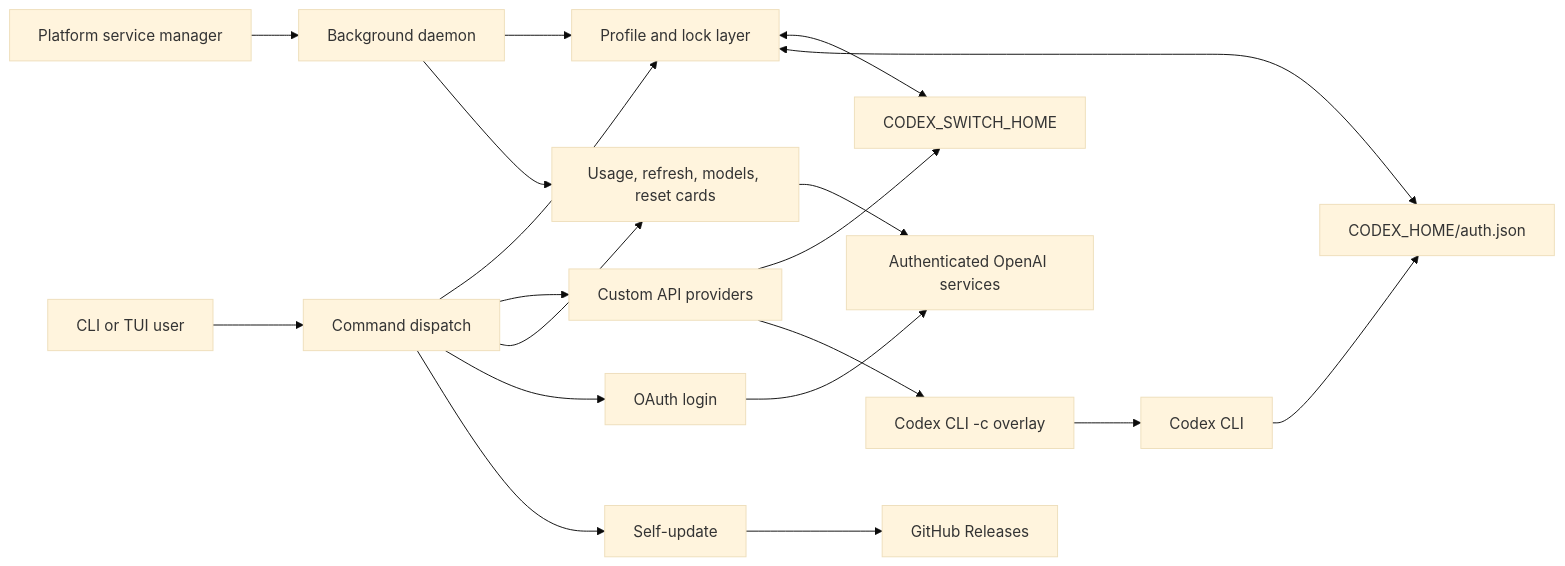
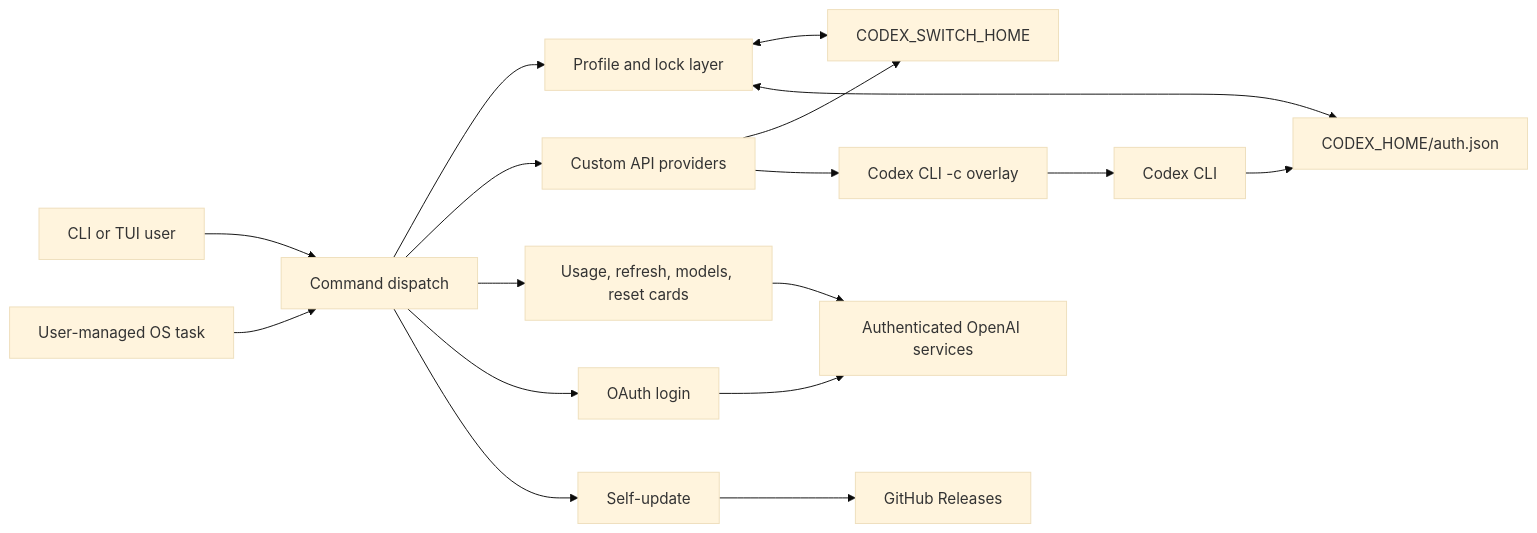
Before and after one commit to xjoker/codex-switch: the diagram in docs/wiki/Architecture-Overview.md, drawn with Mermaid (base theme). The commit also changed other lines of this file and 26 other files, not shown here.

````diff
--- a/docs/wiki/Architecture-Overview.md
+++ b/docs/wiki/Architecture-Overview.md
@@ -7,21 +7,19 @@
 ```mermaid
 flowchart LR
     User[CLI or TUI user] --> Dispatch[Command dispatch]
-    Service[Platform service manager] --> Daemon[Background daemon]
+    Scheduler[User-managed OS task] --> Dispatch[Command dispatch]
     Dispatch --> Profiles[Profile and lock layer]
     Dispatch --> Providers[Custom API providers]
     Dispatch --> Usage[Usage, refresh, models, reset cards]
     Dispatch --> Login[OAuth login]
     Dispatch --> Update[Self-update]
-    Daemon --> Profiles
-    Daemon --> Usage
     Profiles <--> CSHome[CODEX_SWITCH_HOME]
     Providers --> CSHome
     Providers --> CodexLaunch[Codex CLI -c overlay]
     Profiles <--> CodexAuth[CODEX_HOME/auth.json]
     Usage --> OpenAI[Authenticated OpenAI services]
     Login --> OpenAI
     Update --> Releases[GitHub Releases]
     Codex[Codex CLI] --> CodexAuth
     CodexLaunch --> Codex
 ```
````
